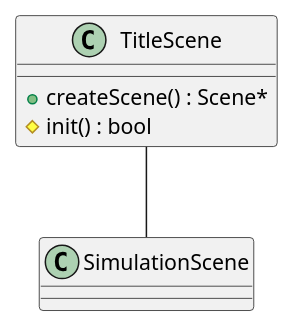
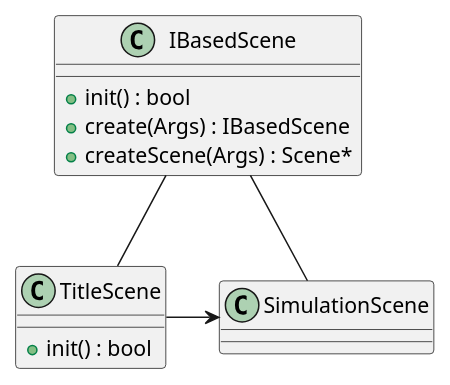
Before and after one commit to Expine/PaS: the diagram in UML/title_class.wsd, drawn with PlantUML. The commit also changed 26 other files, not shown here.

Commit message:
Make full UML

```diff
--- a/UML/title_class.wsd
+++ b/UML/title_class.wsd
@@ -1,14 +1,22 @@
 @startuml
 
+class IBasedScene {
+	+init() : bool
+	+create(Args) : IBasedScene
+	+createScene(Args) : Scene*
+}
+
 class TitleScene {
-	+createScene() : Scene*
-	#init() : bool
+	+init() : bool
 }
 
 class SimulationScene {
 
 }
 
-TitleScene -- SimulationScene
+IBasedScene -- TitleScene
+IBasedScene -- SimulationScene
+
+TitleScene -> SimulationScene
 
 @enduml
```
